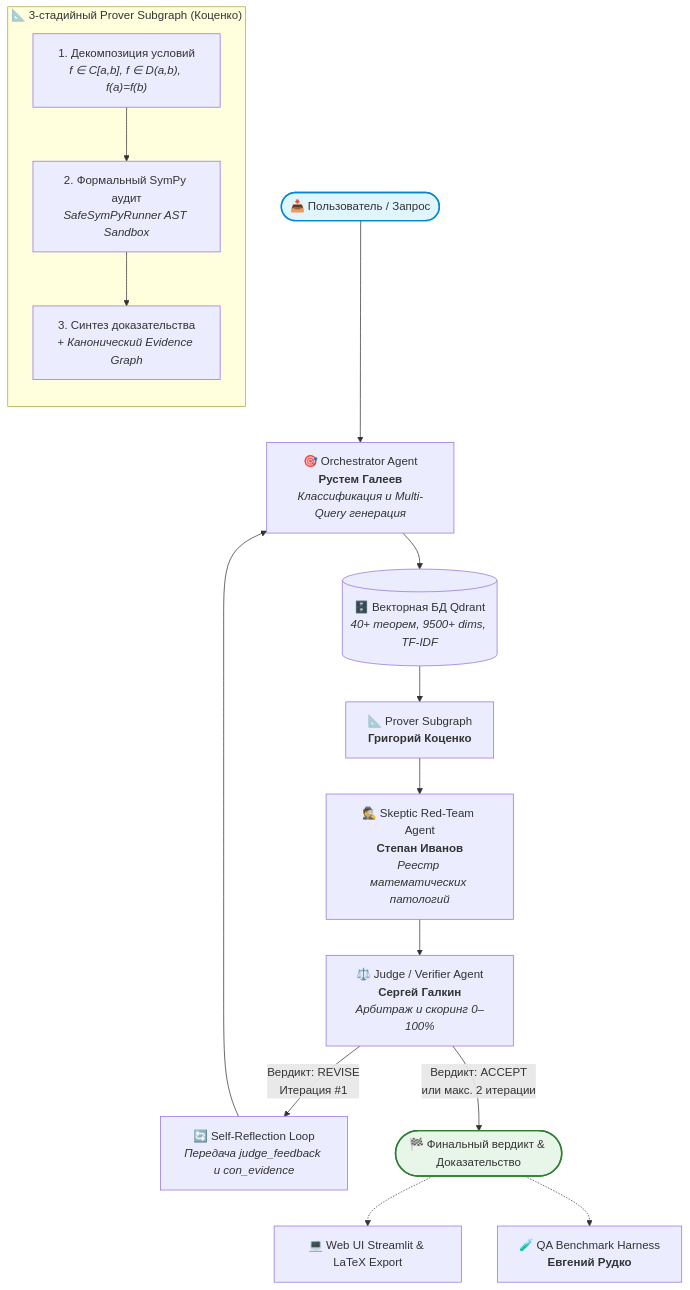
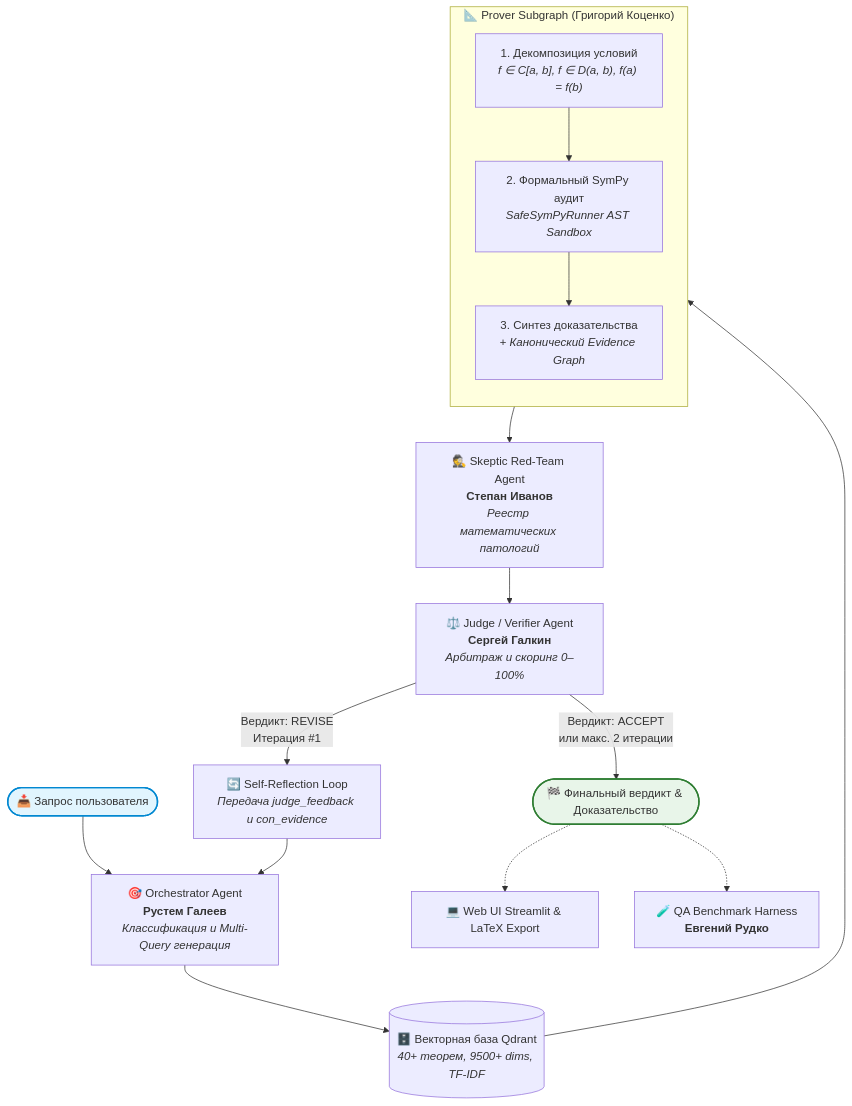
One commit to rustemgotop-beep/agentic-truth changed the diagram in README.md. Above: the diagram before and after it, drawn with Mermaid.

Commit message:
docs: исправление разметки диаграммы Mermaid (линейный поток через Prover Subgraph)

````diff
--- a/README.md
+++ b/README.md
@@ -43,27 +43,30 @@
 ```mermaid
 flowchart TD
-    User([📥 Пользователь / Запрос]):::startNode --> Orch[🎯 Orchestrator Agent<br/><b>Рустем Галеев</b><br/><i>Классификация и Multi-Query генерация</i>]
+    User([📥 Запрос пользователя]):::startNode --> Orch[🎯 Orchestrator Agent<br/><b>Рустем Галеев</b><br/><i>Классификация и Multi-Query генерация</i>]
     
-    Orch --> RAG[(🗄️ Векторная БД Qdrant<br/><i>40+ теорем, 9500+ dims, TF-IDF</i>)]
-    RAG --> Prover[📐 Prover Subgraph<br/><b>Григорий Коценко</b>]
+    Orch --> RAG[(🗄️ Векторная база Qdrant<br/><i>40+ теорем, 9500+ dims, TF-IDF</i>)]
     
-    subgraph SubgraphProver ["📐 3-стадийный Prover Subgraph (Коценко)"]
+    subgraph SubgraphProver ["📐 Prover Subgraph (Григорий Коценко)"]
         direction TB
-        P1["1. Декомпозиция условий<br/><i>f ∈ C[a,b], f ∈ D(a,b), f(a)=f(b)</i>"] --> P2["2. Формальный SymPy аудит<br/><i>SafeSymPyRunner AST Sandbox</i>"]
-        P2 --> P3["3. Синтез доказательства<br/><i>+ Канонический Evidence Graph</i>"]
+        P1["1. Декомпозиция условий<br/><i>f ∈ C[a, b], f ∈ D(a, b), f(a) = f(b)</i>"]
+        P2["2. Формальный SymPy аудит<br/><i>SafeSymPyRunner AST Sandbox</i>"]
+        P3["3. Синтез доказательства<br/><i>+ Канонический Evidence Graph</i>"]
+        P1 --> P2 --> P3
     end
     
-    Prover --> Skeptic[🕵️ Skeptic Red-Team Agent<br/><b>Степан Иванов</b><br/><i>Реестр математических патологий</i>]
+    RAG --> P1
+    P3 --> Skeptic[🕵️ Skeptic Red-Team Agent<br/><b>Степан Иванов</b><br/><i>Реестр математических патологий</i>]
+    
     Skeptic --> Judge[⚖️ Judge / Verifier Agent<br/><b>Сергей Галкин</b><br/><i>Арбитраж и скоринг 0–100%</i>]
     
     Judge -->|Вердикт: REVISE<br/>Итерация #1| LoopNode["🔄 Self-Reflection Loop<br/><i>Передача judge_feedback и con_evidence</i>"]
     LoopNode --> Orch
     
     Judge -->|Вердикт: ACCEPT<br/>или макс. 2 итерации| Out([🏁 Финальный вердикт & Доказательство]):::finishNode
     
     Out -.-> UI[💻 Web UI Streamlit & LaTeX Export]
     Out -.-> QA[🧪 QA Benchmark Harness<br/><b>Евгений Рудко</b>]
 
     classDef startNode fill:#E1F5FE,stroke:#0288D1,stroke-width:2px;
     classDef finishNode fill:#E8F5E9,stroke:#2E7D32,stroke-width:2px;
 ```
````
